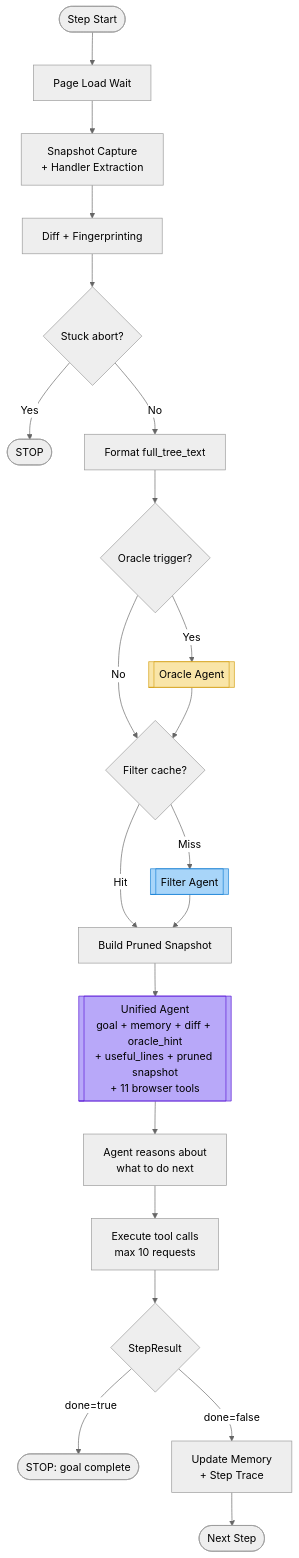
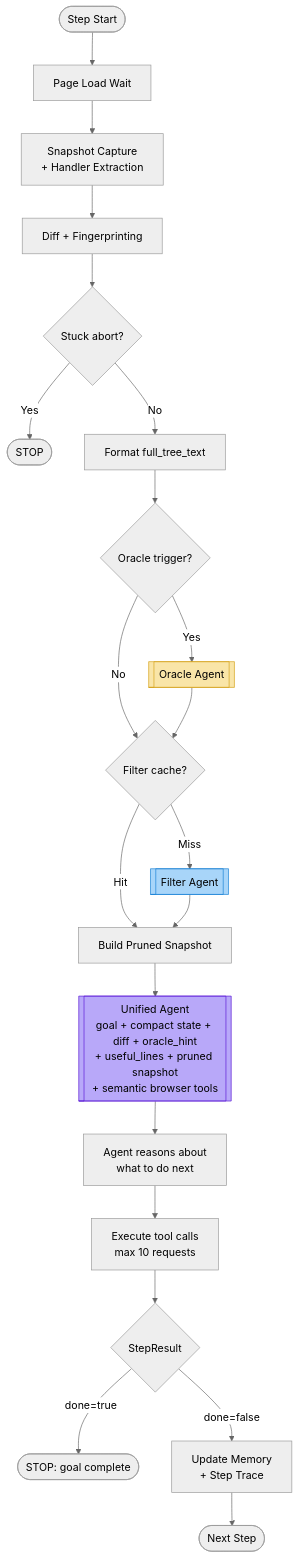
Before and after one commit to snehalyelmati/computer-use-perf: the third of 17 diagrams in docs/architecture-options.md, drawn with Mermaid (neutral theme). The commit also changed other lines of this file and 29 other files, not shown here.

First line of the commit message:
Rename browser agent as Zip

````diff
--- a/docs/architecture-options.md
+++ b/docs/architecture-options.md
@@ -278,31 +278,31 @@
 ```mermaid
 flowchart TD
     START([Step Start]) --> LOAD[Page Load Wait]
     LOAD --> SNAP[Snapshot Capture\n+ Handler Extraction]
     SNAP --> DIFF[Diff + Fingerprinting]
     DIFF --> ABORT{Stuck abort?}
     ABORT -->|Yes| STOP([STOP])
     ABORT -->|No| FULL[Format full_tree_text]
 
     FULL --> ORA_CHK{Oracle trigger?}
     ORA_CHK -->|Yes| ORACLE[[Oracle Agent]]
     ORA_CHK -->|No| FILT_CHK
     ORACLE --> FILT_CHK
 
     FILT_CHK{Filter cache?}
     FILT_CHK -->|Hit| PRUNE
     FILT_CHK -->|Miss| FILTER[[Filter Agent]]
     FILTER --> PRUNE[Build Pruned Snapshot]
 
-    PRUNE --> UNIFIED[[Unified Agent\ngoal + memory + diff + oracle_hint\n+ useful_lines + pruned snapshot\n+ 11 browser tools]]
+    PRUNE --> UNIFIED[[Unified Agent\ngoal + compact state + diff + oracle_hint\n+ useful_lines + pruned snapshot\n+ semantic browser tools]]
     UNIFIED --> PLAN["Agent reasons about\nwhat to do next"]
     PLAN --> ACT[Execute tool calls\nmax 10 requests]
     ACT --> RESULT{StepResult}
     RESULT -->|done=true| COMPLETE([STOP: goal complete])
     RESULT -->|done=false| MEM[Update Memory\n+ Step Trace]
     MEM --> NEXT([Next Step])
 
     style ORACLE fill:#f9e5a8,stroke:#d4a017
     style FILTER fill:#a8d5f9,stroke:#1780d4
     style UNIFIED fill:#b8a8f9,stroke:#5a17d4
 ```
````
